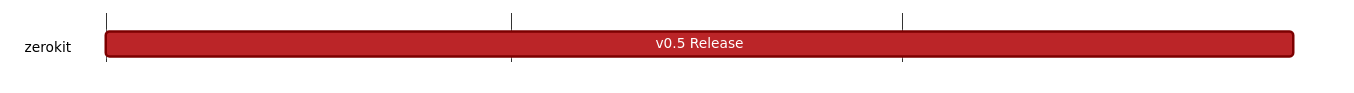
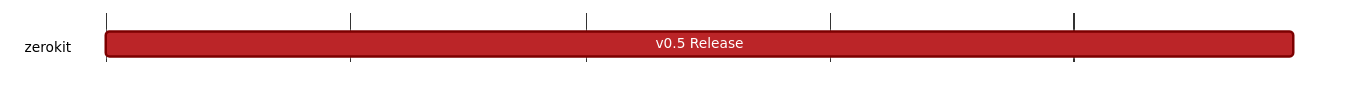
One commit to logos-co/roadmap changed the diagram in content/vac/acz/zerokit/vac/zerokit-v0-5.md. Above: the diagram before and after it, drawn with Mermaid. The commit also changed other lines of this file and 1 other file, not shown here.

Commit message:
Vac ACZ roadmap update

````diff
--- a/content/vac/acz/zerokit/vac/zerokit-v0-5.md
+++ b/content/vac/acz/zerokit/vac/zerokit-v0-5.md
@@ -6,20 +6,20 @@
 ```mermaid
 %%{ 
   init: { 
     'theme': 'base', 
     'themeVariables': { 
       'primaryColor': '#BB2528', 
       'primaryTextColor': '#fff', 
       'primaryBorderColor': '#7C0000', 
       'lineColor': '#F8B229', 
       'secondaryColor': '#006100', 
       'tertiaryColor': '#fff' 
     } 
   } 
 }%%
 gantt
   tickInterval 1month
 	dateFormat YYYY-MM-DD
 	section zerokit
-		v0.5 Release: 2023-10-01, 2023-12-31
+		v0.5 Release: 2023-10-01, 2024-02-29
 ```
````
